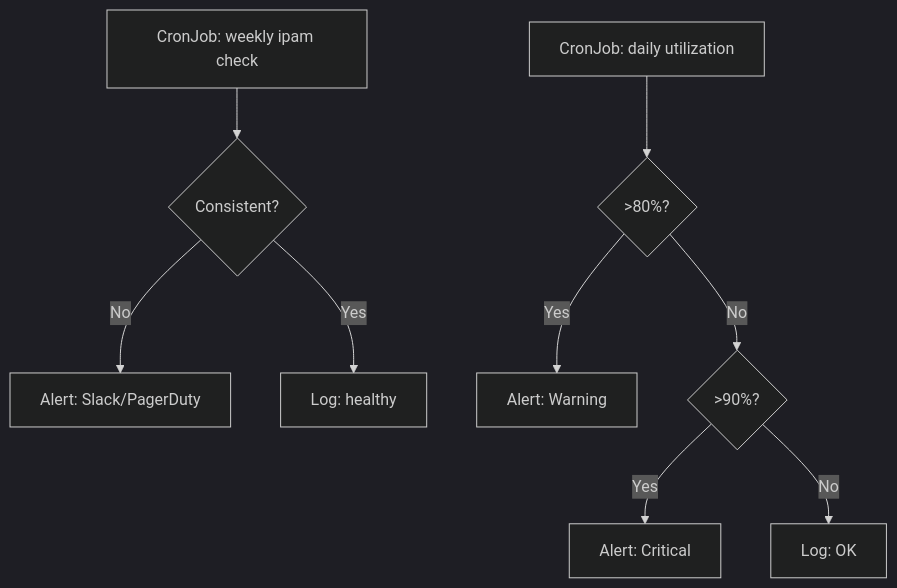
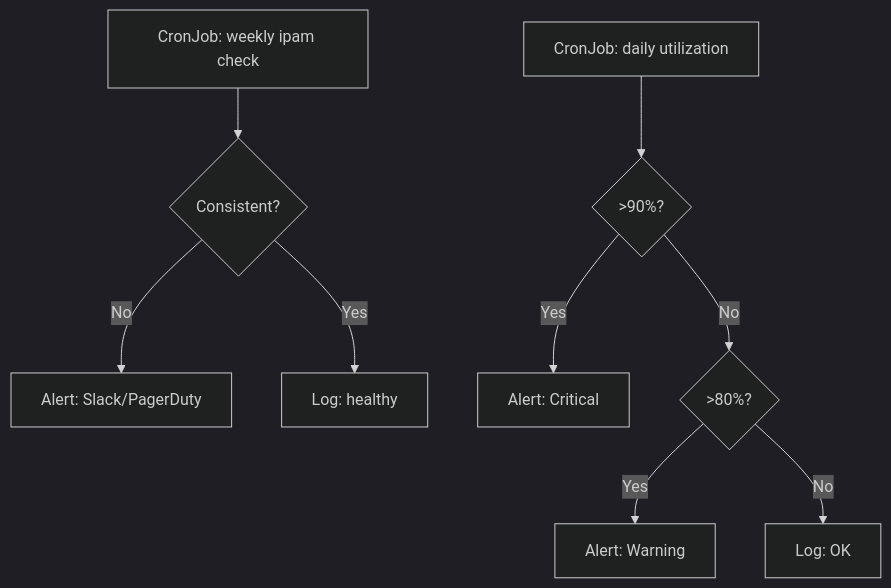
The diagram in posts/2026-03-13-automate-calico-ipam-checks/README.md (OneUptime/blog), drawn with Mermaid (dark theme) before and after one commit. The commit also changed 879 other files, not shown here.

````diff
--- a/posts/2026-03-13-automate-calico-ipam-checks/README.md
+++ b/posts/2026-03-13-automate-calico-ipam-checks/README.md
@@ -101,11 +101,11 @@
 ```mermaid
 flowchart TD
     A[CronJob: weekly ipam check] --> B{Consistent?}
     B -->|No| C[Alert: Slack/PagerDuty]
     B -->|Yes| D[Log: healthy]
-    E[CronJob: daily utilization] --> F{>80%?}
-    F -->|Yes| G[Alert: Warning]
-    F -->|No| H{>90%?}
-    H -->|Yes| I[Alert: Critical]
+    E[CronJob: daily utilization] --> F{>90%?}
+    F -->|Yes| G[Alert: Critical]
+    F -->|No| H{>80%?}
+    H -->|Yes| I[Alert: Warning]
     H -->|No| J[Log: OK]
 ```
````
